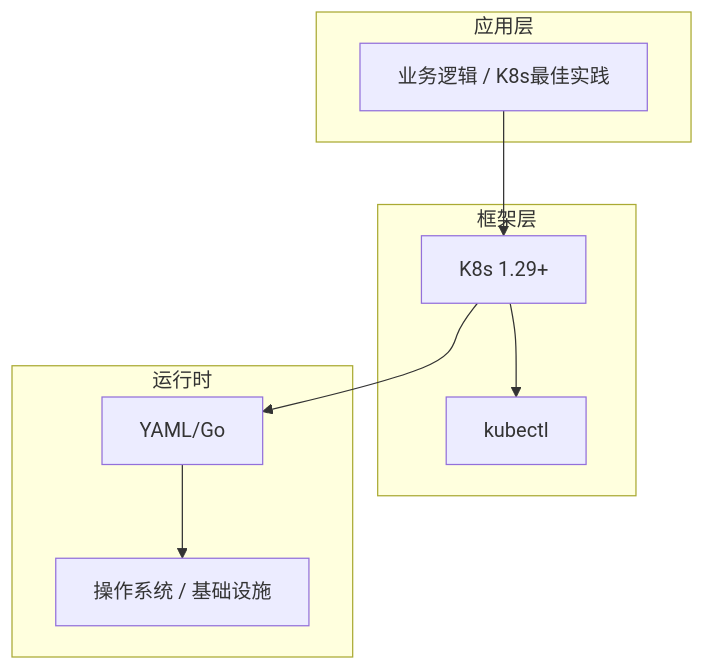
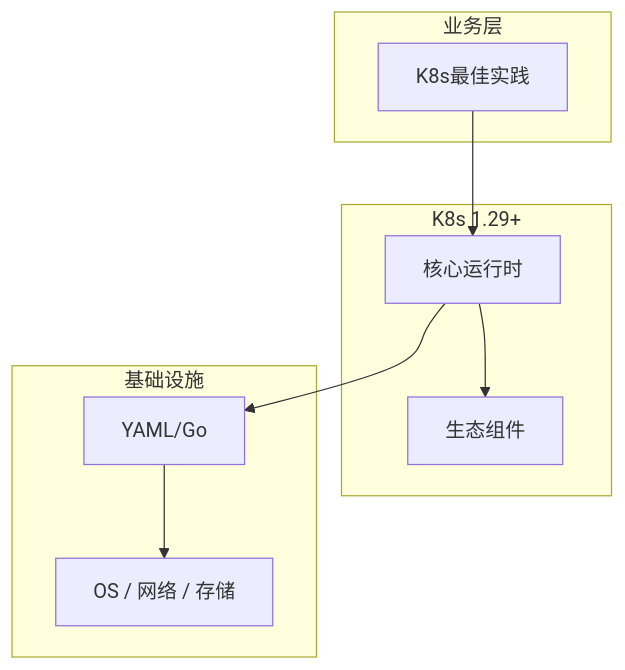
One commit to yanggan2015/knowledge-json-v2 changed the diagram in articles/Kubernetes/chapters/193-K8s最佳实践核心概念与原理.md. Above: the diagram before and after it, drawn with Mermaid. The commit also changed other lines of this file and 10127 other files, not shown here.

````diff
--- a/articles/Kubernetes/chapters/193-K8s最佳实践核心概念与原理.md
+++ b/articles/Kubernetes/chapters/193-K8s最佳实践核心概念与原理.md
@@ -45,18 +34,18 @@
 ```mermaid
 graph TB
-    subgraph 应用层
-        A[业务逻辑 / K8s最佳实践]
+    subgraph 业务层
+        A[K8s最佳实践]
     end
-    subgraph 框架层
-        B[K8s 1.29+]
-        C[kubectl]
+    subgraph K8s 1.29+
+        B[核心运行时]
+        C[生态组件]
     end
-    subgraph 运行时
+    subgraph 基础设施
         D[YAML/Go]
-        E[操作系统 / 基础设施]
+        E[OS / 网络 / 存储]
     end
     A --> B
     B --> C
     B --> D
     D --> E
 ```
````
